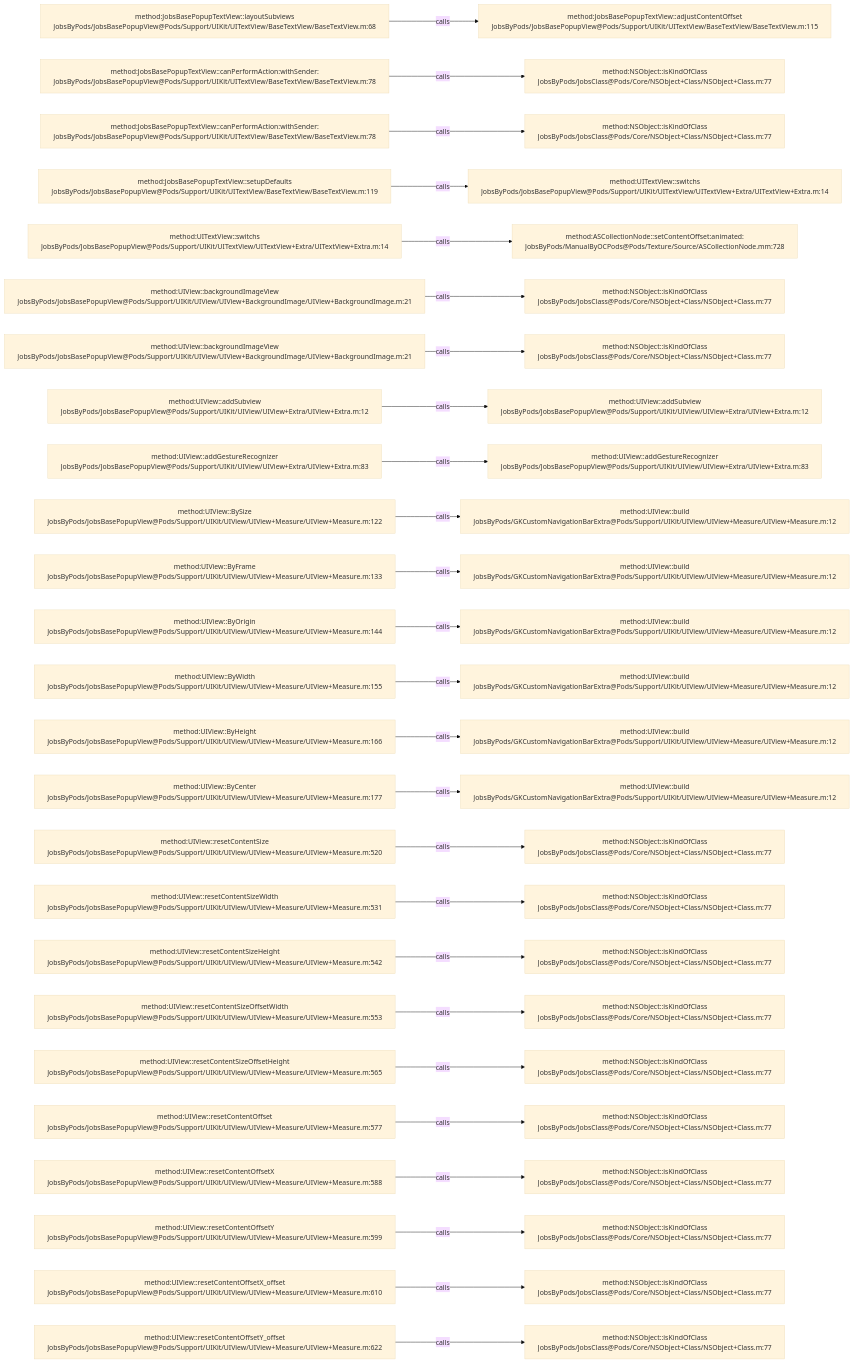
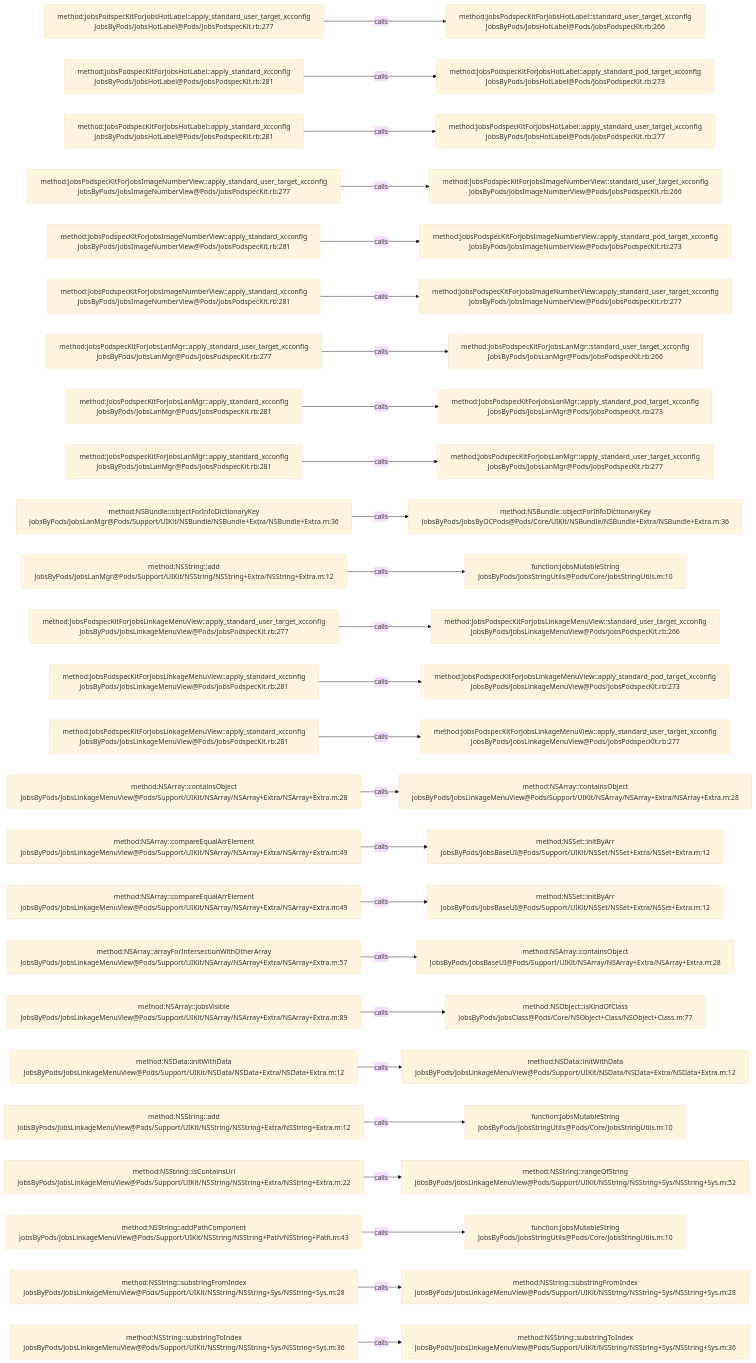
One commit to JobsKits/JobsOCBaseConfigDemo changed the diagram in .codegraph/codegraph.md/graphs/calls-013.md. Above: the diagram before and after it, drawn with Mermaid (base theme). The commit also changed 2162 other files, not shown here.

````diff
--- a/.codegraph/codegraph.md/graphs/calls-013.md
+++ b/.codegraph/codegraph.md/graphs/calls-013.md
@@ -13,78 +13,78 @@
 ```mermaid
 flowchart LR
-  S1["method:JobsBasePopupTextView::layoutSubviews<br/>JobsByPods/JobsBasePopupView@Pods/Support/UIKit/UITextView/BaseTextView/BaseTextView.m:68"]
-  T1["method:JobsBasePopupTextView::adjustContentOffset<br/>JobsByPods/JobsBasePopupView@Pods/Support/UIKit/UITextView/BaseTextView/BaseTextView.m:115"]
+  S1["method:JobsPodspecKitForJobsHotLabel::apply_standard_user_target_xcconfig<br/>JobsByPods/JobsHotLabel@Pods/JobsPodspecKit.rb:277"]
+  T1["method:JobsPodspecKitForJobsHotLabel::standard_user_target_xcconfig<br/>JobsByPods/JobsHotLabel@Pods/JobsPodspecKit.rb:266"]
   S1 -->|calls| T1
-  S2["method:JobsBasePopupTextView::canPerformAction:withSender:<br/>JobsByPods/JobsBasePopupView@Pods/Support/UIKit/UITextView/BaseTextView/BaseTextView.m:78"]
-  T2["method:NSObject::isKindOfClass<br/>JobsByPods/JobsClass@Pods/Core/NSObject+Class/NSObject+Class.m:77"]
+  S2["method:JobsPodspecKitForJobsHotLabel::apply_standard_xcconfig<br/>JobsByPods/JobsHotLabel@Pods/JobsPodspecKit.rb:281"]
+  T2["method:JobsPodspecKitForJobsHotLabel::apply_standard_pod_target_xcconfig<br/>JobsByPods/JobsHotLabel@Pods/JobsPodspecKit.rb:273"]
   S2 -->|calls| T2
-  S3["method:JobsBasePopupTextView::canPerformAction:withSender:<br/>JobsByPods/JobsBasePopupView@Pods/Support/UIKit/UITextView/BaseTextView/BaseTextView.m:78"]
-  T3["method:NSObject::isKindOfClass<br/>JobsByPods/JobsClass@Pods/Core/NSObject+Class/NSObject+Class.m:77"]
+  S3["method:JobsPodspecKitForJobsHotLabel::apply_standard_xcconfig<br/>JobsByPods/JobsHotLabel@Pods/JobsPodspecKit.rb:281"]
+  T3["method:JobsPodspecKitForJobsHotLabel::apply_standard_user_target_xcconfig<br/>JobsByPods/JobsHotLabel@Pods/JobsPodspecKit.rb:277"]
   S3 -->|calls| T3
-  S4["method:JobsBasePopupTextView::setupDefaults<br/>JobsByPods/JobsBasePopupView@Pods/Support/UIKit/UITextView/BaseTextView/BaseTextView.m:119"]
-  T4["method:UITextView::switchs<br/>JobsByPods/JobsBasePopupView@Pods/Support/UIKit/UITextView/UITextView+Extra/UITextView+Extra.m:14"]
+  S4["method:JobsPodspecKitForJobsImageNumberView::apply_standard_user_target_xcconfig<br/>JobsByPods/JobsImageNumberView@Pods/JobsPodspecKit.rb:277"]
+  T4["method:JobsPodspecKitForJobsImageNumberView::standard_user_target_xcconfig<br/>JobsByPods/JobsImageNumberView@Pods/JobsPodspecKit.rb:266"]
   S4 -->|calls| T4
-  S5["method:UITextView::switchs<br/>JobsByPods/JobsBasePopupView@Pods/Support/UIKit/UITextView/UITextView+Extra/UITextView+Extra.m:14"]
-  T5["method:ASCollectionNode::setContentOffset:animated:<br/>JobsByPods/ManualByOCPods@Pods/Texture/Source/ASCollectionNode.mm:728"]
+  S5["method:JobsPodspecKitForJobsImageNumberView::apply_standard_xcconfig<br/>JobsByPods/JobsImageNumberView@Pods/JobsPodspecKit.rb:281"]
+  T5["method:JobsPodspecKitForJobsImageNumberView::apply_standard_pod_target_xcconfig<br/>JobsByPods/JobsImageNumberView@Pods/JobsPodspecKit.rb:273"]
   S5 -->|calls| T5
-  S6["method:UIView::backgroundImageView<br/>JobsByPods/JobsBasePopupView@Pods/Support/UIKit/UIView/UIView+BackgroundImage/UIView+BackgroundImage.m:21"]
-  T6["method:NSObject::isKindOfClass<br/>JobsByPods/JobsClass@Pods/Core/NSObject+Class/NSObject+Class.m:77"]
+  S6["method:JobsPodspecKitForJobsImageNumberView::apply_standard_xcconfig<br/>JobsByPods/JobsImageNumberView@Pods/JobsPodspecKit.rb:281"]
+  T6["method:JobsPodspecKitForJobsImageNumberView::apply_standard_user_target_xcconfig<br/>JobsByPods/JobsImageNumberView@Pods/JobsPodspecKit.rb:277"]
   S6 -->|calls| T6
-  S7["method:UIView::backgroundImageView<br/>JobsByPods/JobsBasePopupView@Pods/Support/UIKit/UIView/UIView+BackgroundImage/UIView+BackgroundImage.m:21"]
-  T7["method:NSObject::isKindOfClass<br/>JobsByPods/JobsClass@Pods/Core/NSObject+Class/NSObject+Class.m:77"]
+  S7["method:JobsPodspecKitForJobsLanMgr::apply_standard_user_target_xcconfig<br/>JobsByPods/JobsLanMgr@Pods/JobsPodspecKit.rb:277"]
+  T7["method:JobsPodspecKitForJobsLanMgr::standard_user_target_xcconfig<br/>JobsByPods/JobsLanMgr@Pods/JobsPodspecKit.rb:266"]
   S7 -->|calls| T7
-  S8["method:UIView::addSubview<br/>JobsByPods/JobsBasePopupView@Pods/Support/UIKit/UIView/UIView+Extra/UIView+Extra.m:12"]
-  T8["method:UIView::addSubview<br/>JobsByPods/JobsBasePopupView@Pods/Support/UIKit/UIView/UIView+Extra/UIView+Extra.m:12"]
+  S8["method:JobsPodspecKitForJobsLanMgr::apply_standard_xcconfig<br/>JobsByPods/JobsLanMgr@Pods/JobsPodspecKit.rb:281"]
+  T8["method:JobsPodspecKitForJobsLanMgr::apply_standard_pod_target_xcconfig<br/>JobsByPods/JobsLanMgr@Pods/JobsPodspecKit.rb:273"]
   S8 -->|calls| T8
-  S9["method:UIView::addGestureRecognizer<br/>JobsByPods/JobsBasePopupView@Pods/Support/UIKit/UIView/UIView+Extra/UIView+Extra.m:83"]
-  T9["method:UIView::addGestureRecognizer<br/>JobsByPods/JobsBasePopupView@Pods/Support/UIKit/UIView/UIView+Extra/UIView+Extra.m:83"]
+  S9["method:JobsPodspecKitForJobsLanMgr::apply_standard_xcconfig<br/>JobsByPods/JobsLanMgr@Pods/JobsPodspecKit.rb:281"]
+  T9["method:JobsPodspecKitForJobsLanMgr::apply_standard_user_target_xcconfig<br/>JobsByPods/JobsLanMgr@Pods/JobsPodspecKit.rb:277"]
   S9 -->|calls| T9
-  S10["method:UIView::BySize<br/>JobsByPods/JobsBasePopupView@Pods/Support/UIKit/UIView/UIView+Measure/UIView+Measure.m:122"]
-  T10["method:UIView::build<br/>JobsByPods/GKCustomNavigationBarExtra@Pods/Support/UIKit/UIView/UIView+Measure/UIView+Measure.m:12"]
+  S10["method:NSBundle::objectForInfoDictionaryKey<br/>JobsByPods/JobsLanMgr@Pods/Support/UIKit/NSBundle/NSBundle+Extra/NSBundle+Extra.m:36"]
+  T10["method:NSBundle::objectForInfoDictionaryKey<br/>JobsByPods/JobsByOCPods@Pods/Core/UIKit/NSBundle/NSBundle+Extra/NSBundle+Extra.m:36"]
   S10 -->|calls| T10
-  S11["method:UIView::ByFrame<br/>JobsByPods/JobsBasePopupView@Pods/Support/UIKit/UIView/UIView+Measure/UIView+Measure.m:133"]
-  T11["method:UIView::build<br/>JobsByPods/GKCustomNavigationBarExtra@Pods/Support/UIKit/UIView/UIView+Measure/UIView+Measure.m:12"]
+  S11["method:NSString::add<br/>JobsByPods/JobsLanMgr@Pods/Support/UIKit/NSString/NSString+Extra/NSString+Extra.m:12"]
+  T11["function:JobsMutableString<br/>JobsByPods/JobsStringUtils@Pods/Core/JobsStringUtils.m:10"]
   S11 -->|calls| T11
-  S12["method:UIView::ByOrigin<br/>JobsByPods/JobsBasePopupView@Pods/Support/UIKit/UIView/UIView+Measure/UIView+Measure.m:144"]
-  T12["method:UIView::build<br/>JobsByPods/GKCustomNavigationBarExtra@Pods/Support/UIKit/UIView/UIView+Measure/UIView+Measure.m:12"]
+  S12["method:JobsPodspecKitForJobsLinkageMenuView::apply_standard_user_target_xcconfig<br/>JobsByPods/JobsLinkageMenuView@Pods/JobsPodspecKit.rb:277"]
+  T12["method:JobsPodspecKitForJobsLinkageMenuView::standard_user_target_xcconfig<br/>JobsByPods/JobsLinkageMenuView@Pods/JobsPodspecKit.rb:266"]
   S12 -->|calls| T12
-  S13["method:UIView::ByWidth<br/>JobsByPods/JobsBasePopupView@Pods/Support/UIKit/UIView/UIView+Measure/UIView+Measure.m:155"]
-  T13["method:UIView::build<br/>JobsByPods/GKCustomNavigationBarExtra@Pods/Support/UIKit/UIView/UIView+Measure/UIView+Measure.m:12"]
+  S13["method:JobsPodspecKitForJobsLinkageMenuView::apply_standard_xcconfig<br/>JobsByPods/JobsLinkageMenuView@Pods/JobsPodspecKit.rb:281"]
+  T13["method:JobsPodspecKitForJobsLinkageMenuView::apply_standard_pod_target_xcconfig<br/>JobsByPods/JobsLinkageMenuView@Pods/JobsPodspecKit.rb:273"]
   S13 -->|calls| T13
-  S14["method:UIView::ByHeight<br/>JobsByPods/JobsBasePopupView@Pods/Support/UIKit/UIView/UIView+Measure/UIView+Measure.m:166"]
-  T14["method:UIView::build<br/>JobsByPods/GKCustomNavigationBarExtra@Pods/Support/UIKit/UIView/UIView+Measure/UIView+Measure.m:12"]
+  S14["method:JobsPodspecKitForJobsLinkageMenuView::apply_standard_xcconfig<br/>JobsByPods/JobsLinkageMenuView@Pods/JobsPodspecKit.rb:281"]
+  T14["method:JobsPodspecKitForJobsLinkageMenuView::apply_standard_user_target_xcconfig<br/>JobsByPods/JobsLinkageMenuView@Pods/JobsPodspecKit.rb:277"]
   S14 -->|calls| T14
-  S15["method:UIView::ByCenter<br/>JobsByPods/JobsBasePopupView@Pods/Support/UIKit/UIView/UIView+Measure/UIView+Measure.m:177"]
-  T15["method:UIView::build<br/>JobsByPods/GKCustomNavigationBarExtra@Pods/Support/UIKit/UIView/UIView+Measure/UIView+Measure.m:12"]
+  S15["method:NSArray::containsObject<br/>JobsByPods/JobsLinkageMenuView@Pods/Support/UIKit/NSArray/NSArray+Extra/NSArray+Extra.m:28"]
+  T15["method:NSArray::containsObject<br/>JobsByPods/JobsLinkageMenuView@Pods/Support/UIKit/NSArray/NSArray+Extra/NSArray+Extra.m:28"]
   S15 -->|calls| T15
-  S16["method:UIView::resetContentSize<br/>JobsByPods/JobsBasePopupView@Pods/Support/UIKit/UIView/UIView+Measure/UIView+Measure.m:520"]
-  T16["method:NSObject::isKindOfClass<br/>JobsByPods/JobsClass@Pods/Core/NSObject+Class/NSObject+Class.m:77"]
+  S16["method:NSArray::compareEqualArrElement<br/>JobsByPods/JobsLinkageMenuView@Pods/Support/UIKit/NSArray/NSArray+Extra/NSArray+Extra.m:49"]
+  T16["method:NSSet::initByArr<br/>JobsByPods/JobsBaseUI@Pods/Support/UIKit/NSSet/NSSet+Extra/NSSet+Extra.m:12"]
   S16 -->|calls| T16
-  S17["method:UIView::resetContentSizeWidth<br/>JobsByPods/JobsBasePopupView@Pods/Support/UIKit/UIView/UIView+Measure/UIView+Measure.m:531"]
-  T17["method:NSObject::isKindOfClass<br/>JobsByPods/JobsClass@Pods/Core/NSObject+Class/NSObject+Class.m:77"]
+  S17["method:NSArray::compareEqualArrElement<br/>JobsByPods/JobsLinkageMenuView@Pods/Support/UIKit/NSArray/NSArray+Extra/NSArray+Extra.m:49"]
+  T17["method:NSSet::initByArr<br/>JobsByPods/JobsBaseUI@Pods/Support/UIKit/NSSet/NSSet+Extra/NSSet+Extra.m:12"]
   S17 -->|calls| T17
-  S18["method:UIView::resetContentSizeHeight<br/>JobsByPods/JobsBasePopupView@Pods/Support/UIKit/UIView/UIView+Measure/UIView+Measure.m:542"]
-  T18["method:NSObject::isKindOfClass<br/>JobsByPods/JobsClass@Pods/Core/NSObject+Class/NSObject+Class.m:77"]
+  S18["method:NSArray::arrayForIntersectionWithOtherArray<br/>JobsByPods/JobsLinkageMenuView@Pods/Support/UIKit/NSArray/NSArray+Extra/NSArray+Extra.m:57"]
+  T18["method:NSArray::containsObject<br/>JobsByPods/JobsBaseUI@Pods/Support/UIKit/NSArray/NSArray+Extra/NSArray+Extra.m:28"]
   S18 -->|calls| T18
-  S19["method:UIView::resetContentSizeOffsetWidth<br/>JobsByPods/JobsBasePopupView@Pods/Support/UIKit/UIView/UIView+Measure/UIView+Measure.m:553"]
+  S19["method:NSArray::jobsVisible<br/>JobsByPods/JobsLinkageMenuView@Pods/Support/UIKit/NSArray/NSArray+Extra/NSArray+Extra.m:89"]
   T19["method:NSObject::isKindOfClass<br/>JobsByPods/JobsClass@Pods/Core/NSObject+Class/NSObject+Class.m:77"]
   S19 -->|calls| T19
-  S20["method:UIView::resetContentSizeOffsetHeight<br/>JobsByPods/JobsBasePopupView@Pods/Support/UIKit/UIView/UIView+Measure/UIView+Measure.m:565"]
-  T20["method:NSObject::isKindOfClass<br/>JobsByPods/JobsClass@Pods/Core/NSObject+Class/NSObject+Class.m:77"]
+  S20["method:NSData::initWithData<br/>JobsByPods/JobsLinkageMenuView@Pods/Support/UIKit/NSData/NSData+Extra/NSData+Extra.m:12"]
+  T20["method:NSData::initWithData<br/>JobsByPods/JobsLinkageMenuView@Pods/Support/UIKit/NSData/NSData+Extra/NSData+Extra.m:12"]
   S20 -->|calls| T20
-  S21["method:UIView::resetContentOffset<br/>JobsByPods/JobsBasePopupView@Pods/Support/UIKit/UIView/UIView+Measure/UIView+Measure.m:577"]
-  T21["method:NSObject::isKindOfClass<br/>JobsByPods/JobsClass@Pods/Core/NSObject+Class/NSObject+Class.m:77"]
+  S21["method:NSString::add<br/>JobsByPods/JobsLinkageMenuView@Pods/Support/UIKit/NSString/NSString+Extra/NSString+Extra.m:12"]
+  T21["function:JobsMutableString<br/>JobsByPods/JobsStringUtils@Pods/Core/JobsStringUtils.m:10"]
   S21 -->|calls| T21
-  S22["method:UIView::resetContentOffsetX<br/>JobsByPods/JobsBasePopupView@Pods/Support/UIKit/UIView/UIView+Measure/UIView+Measure.m:588"]
-  T22["method:NSObject::isKindOfClass<br/>JobsByPods/JobsClass@Pods/Core/NSObject+Class/NSObject+Class.m:77"]
+  S22["method:NSString::isContainsUrl<br/>JobsByPods/JobsLinkageMenuView@Pods/Support/UIKit/NSString/NSString+Extra/NSString+Extra.m:22"]
+  T22["method:NSString::rangeOfString<br/>JobsByPods/JobsLinkageMenuView@Pods/Support/UIKit/NSString/NSString+Sys/NSString+Sys.m:52"]
   S22 -->|calls| T22
-  S23["method:UIView::resetContentOffsetY<br/>JobsByPods/JobsBasePopupView@Pods/Support/UIKit/UIView/UIView+Measure/UIView+Measure.m:599"]
-  T23["method:NSObject::isKindOfClass<br/>JobsByPods/JobsClass@Pods/Core/NSObject+Class/NSObject+Class.m:77"]
+  S23["method:NSString::addPathComponent<br/>JobsByPods/JobsLinkageMenuView@Pods/Support/UIKit/NSString/NSString+Path/NSString+Path.m:43"]
+  T23["function:JobsMutableString<br/>JobsByPods/JobsStringUtils@Pods/Core/JobsStringUtils.m:10"]
   S23 -->|calls| T23
-  S24["method:UIView::resetContentOffsetX_offset<br/>JobsByPods/JobsBasePopupView@Pods/Support/UIKit/UIView/UIView+Measure/UIView+Measure.m:610"]
-  T24["method:NSObject::isKindOfClass<br/>JobsByPods/JobsClass@Pods/Core/NSObject+Class/NSObject+Class.m:77"]
+  S24["method:NSString::substringFromIndex<br/>JobsByPods/JobsLinkageMenuView@Pods/Support/UIKit/NSString/NSString+Sys/NSString+Sys.m:28"]
+  T24["method:NSString::substringFromIndex<br/>JobsByPods/JobsLinkageMenuView@Pods/Support/UIKit/NSString/NSString+Sys/NSString+Sys.m:28"]
   S24 -->|calls| T24
-  S25["method:UIView::resetContentOffsetY_offset<br/>JobsByPods/JobsBasePopupView@Pods/Support/UIKit/UIView/UIView+Measure/UIView+Measure.m:622"]
-  T25["method:NSObject::isKindOfClass<br/>JobsByPods/JobsClass@Pods/Core/NSObject+Class/NSObject+Class.m:77"]
+  S25["method:NSString::substringToIndex<br/>JobsByPods/JobsLinkageMenuView@Pods/Support/UIKit/NSString/NSString+Sys/NSString+Sys.m:36"]
+  T25["method:NSString::substringToIndex<br/>JobsByPods/JobsLinkageMenuView@Pods/Support/UIKit/NSString/NSString+Sys/NSString+Sys.m:36"]
   S25 -->|calls| T25
 ```
````
